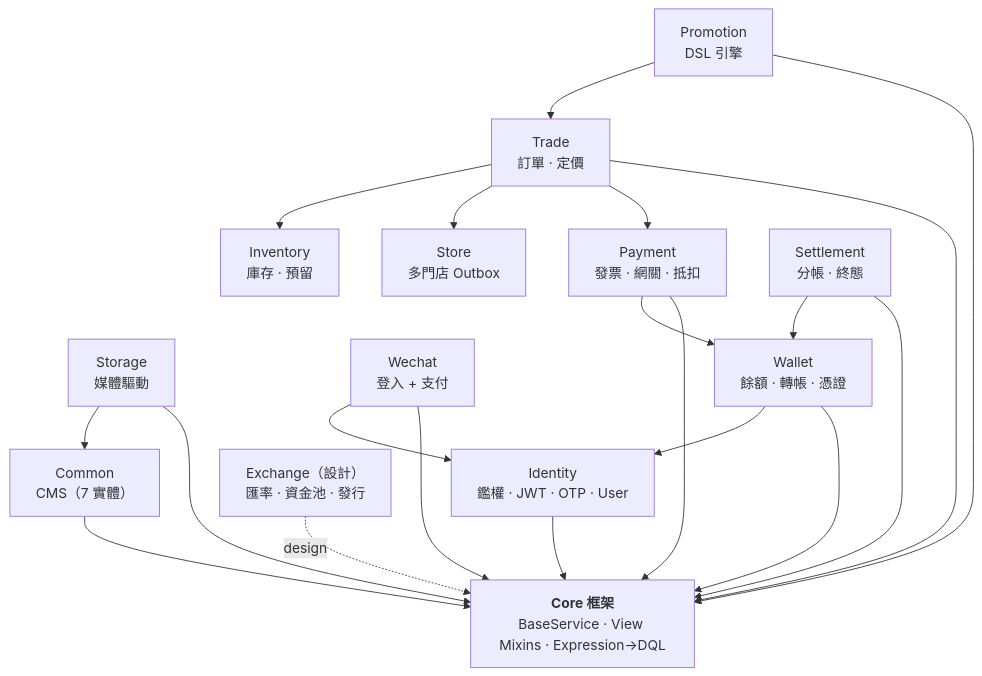
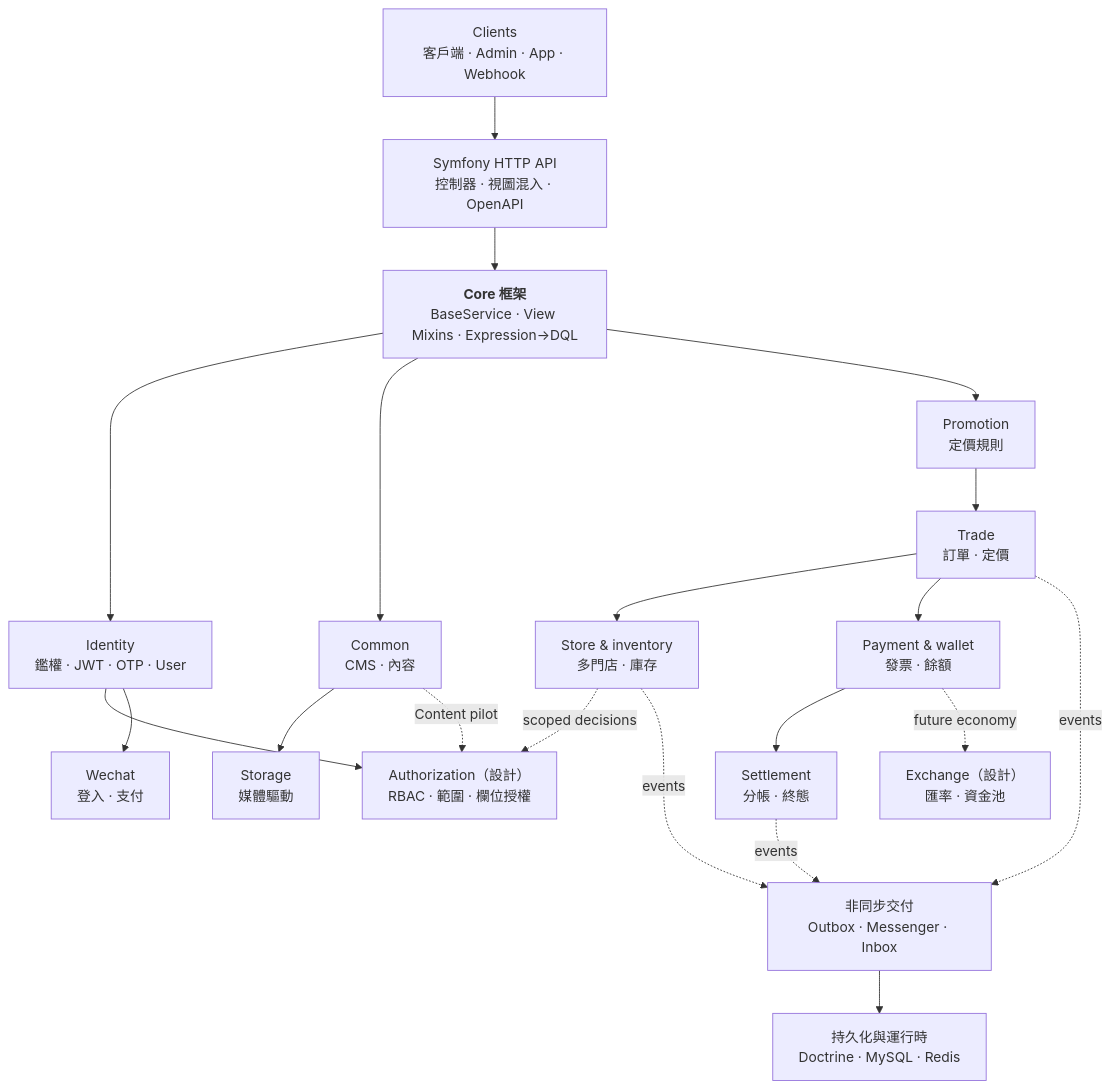
The first of 3 diagrams in README.zh-hant.md (dream-studio-china/edc-online-membership), drawn with Mermaid before and after one commit. The commit also changed other lines of this file and 3 other files, not shown here.

First line of the commit message:
docs(readme): expand architecture diagram vertically and sync translations

````diff
--- a/README.zh-hant.md
+++ b/README.zh-hant.md
@@ -13,37 +13,38 @@
 ```mermaid
 flowchart TB
+    Client["Clients<br/>客戶端 · Admin · App · Webhook"]
+    Api["Symfony HTTP API<br/>控制器 · 視圖混入 · OpenAPI"]
     Core["<b>Core 框架</b><br/>BaseService · View Mixins · Expression→DQL"]
 
     Identity["Identity<br/>鑑權 · JWT · OTP · User"]
-    Common["Common<br/>CMS（7 實體）"]
+    Authorization["Authorization（設計）<br/>RBAC · 範圍 · 欄位授權"]
+    Common["Common<br/>CMS · 內容"]
     Storage["Storage<br/>媒體驅動"]
-    Wechat["Wechat<br/>登入 + 支付"]
-    Wallet["Wallet<br/>餘額 · 轉帳 · 憑證"]
-    Payment["Payment<br/>發票 · 網關 · 抵扣"]
+    Promotion["Promotion<br/>定價規則"]
     Trade["Trade<br/>訂單 · 定價"]
-    Store["Store<br/>多門店 Outbox"]
-    Inventory["Inventory<br/>庫存 · 預留"]
-    Promotion["Promotion<br/>DSL 引擎"]
+    Fulfilment["Store & inventory<br/>多門店 · 庫存"]
+    Payments["Payment & wallet<br/>發票 · 餘額"]
+    Wechat["Wechat<br/>登入 · 支付"]
     Settlement["Settlement<br/>分帳 · 終態"]
-    Exchange["Exchange（設計）<br/>匯率 · 資金池 · 發行"]
+    Exchange["Exchange（設計）<br/>匯率 · 資金池"]
+    Messaging["非同步交付<br/>Outbox · Messenger · Inbox"]
+    Persistence["持久化與運行時<br/>Doctrine · MySQL · Redis"]
 
-    Identity --> Core
-    Common --> Core
-    Storage --> Core
-    Storage --> Common
-    Wechat --> Core
-    Wechat --> Identity
-    Wallet --> Core
-    Wallet --> Identity
-    Payment --> Core
-    Payment --> Wallet
-    Trade --> Core
-    Trade --> Payment
-    Trade --> Store
-    Trade --> Inventory
-    Promotion --> Core
+    Client --> Api --> Core
+    Core --> Identity
+    Core --> Common
+    Core --> Promotion
+    Identity --> Authorization
+    Identity --> Wechat
+    Common --> Storage
+    Common -. "Content pilot" .-> Authorization
     Promotion --> Trade
-    Settlement --> Core
-    Settlement --> Wallet
-    Exchange -. "design" .-> Core
+    Trade --> Fulfilment
+    Trade --> Payments --> Settlement
+    Fulfilment -. "scoped decisions" .-> Authorization
+    Payments -. "future economy" .-> Exchange
+    Trade -. events .-> Messaging
+    Fulfilment -. events .-> Messaging
+    Settlement -. events .-> Messaging
+    Messaging --> Persistence
 ```
````
